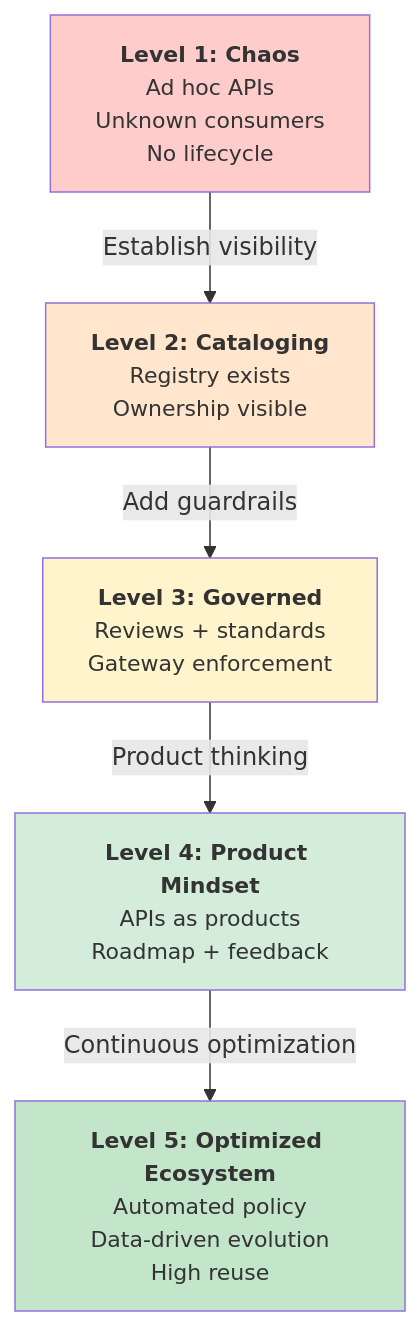
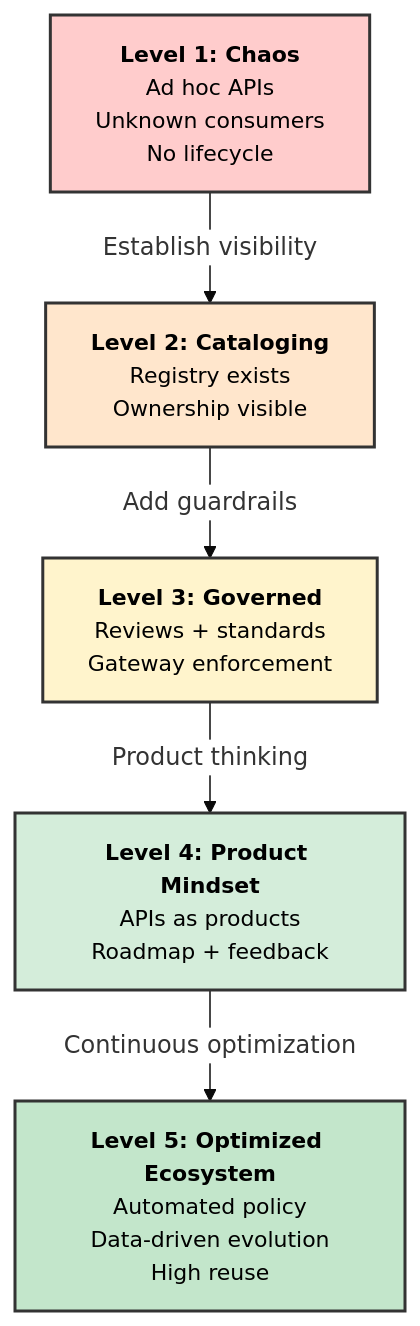
Before and after one commit to barbecuesteve/api-governance: the eighth of 9 diagrams in technical-design.md, drawn with Mermaid. The commit also changed other lines of this file and 1 other file, not shown here.

Commit message:
A bit more styling

```diff
--- a/technical-design.md
+++ b/technical-design.md
@@ -580,21 +583,22 @@
 <pre class="mermaid">
+%%{init: {'theme':'base', 'themeVariables': { 'edgeLabelBackground':'#ffffff'}}}%%
 graph TB
     L1["<b>Level 1: Chaos</b><br/>Ad hoc APIs<br/>Unknown consumers<br/>No lifecycle"]
     L2["<b>Level 2: Cataloging</b><br/>Registry exists<br/>Ownership visible"]
     L3["<b>Level 3: Governed</b><br/>Reviews + standards<br/>Gateway enforcement"]
     L4["<b>Level 4: Product Mindset</b><br/>APIs as products<br/>Roadmap + feedback"]
     L5["<b>Level 5: Optimized Ecosystem</b><br/>Automated policy<br/>Data-driven evolution<br/>High reuse"]
     
     L1 -->|Establish visibility| L2
     L2 -->|Add guardrails| L3
     L3 -->|Product thinking| L4
     L4 -->|Continuous optimization| L5
     
-    style L1 fill:#ffcccc
-    style L2 fill:#ffe6cc
-    style L3 fill:#fff4cc
-    style L4 fill:#d4edda
-    style L5 fill:#c3e6cb
+    style L1 fill:#ffcccc,stroke:#333,stroke-width:2px,color:#000
+    style L2 fill:#ffe6cc,stroke:#333,stroke-width:2px,color:#000
+    style L3 fill:#fff4cc,stroke:#333,stroke-width:2px,color:#000
+    style L4 fill:#d4edda,stroke:#333,stroke-width:2px,color:#000
+    style L5 fill:#c3e6cb,stroke:#333,stroke-width:2px,color:#000
     
     classDef default font-size:11pt
 </pre>
```
